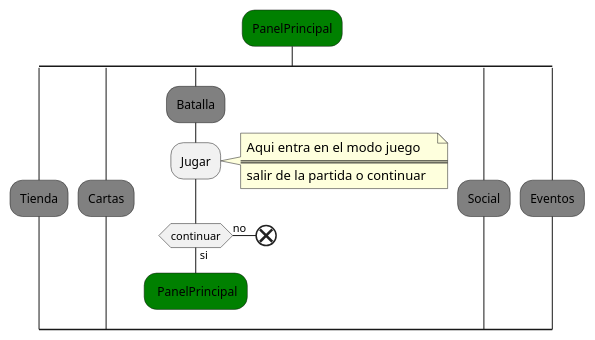
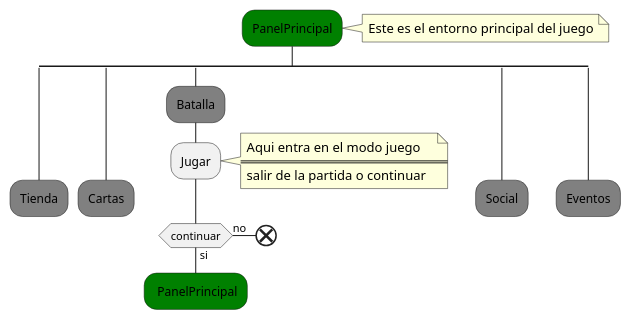
One commit to dcruzp/IngenieriadeSoftware3ro- changed the second of 3 diagrams in Lenguajes de Especificacion/diagrama.wsd. Above: the diagram before and after it, drawn with PlantUML. The commit also changed 1 other file, not shown here.

```diff
--- a/Lenguajes de Especificacion/diagrama.wsd
+++ b/Lenguajes de Especificacion/diagrama.wsd
@@ -11,28 +11,35 @@
 @startuml name1
 skinparam ArrowHeadColor none
 #Green :PanelPrincipal; 
+note right
+    Este es el entorno principal del juego
+end note 
 split
 #Gray :Tienda;
+detach
 split again
 #Gray :Cartas;
+detach 
 split again       
 #Gray :Batalla;
 :Jugar;
 note right
   Aqui entra en el modo juego 
   ====
   salir de la partida o continuar  
 end note
 if (continuar) then(si)
     #Green: PanelPrincipal;
     detach
 else (no)
     end 
 endif
 
 split again    
 #Gray :Social;
+detach 
 split again
 #Gray :Eventos;
+detach 
 end split
 @enduml
```
